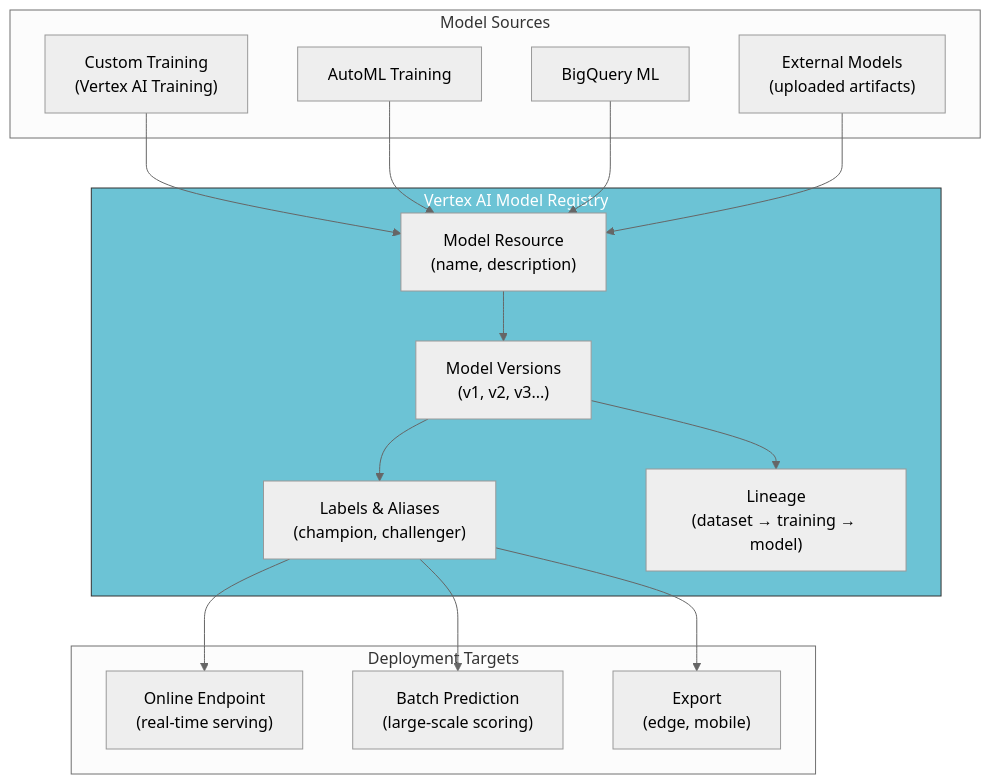
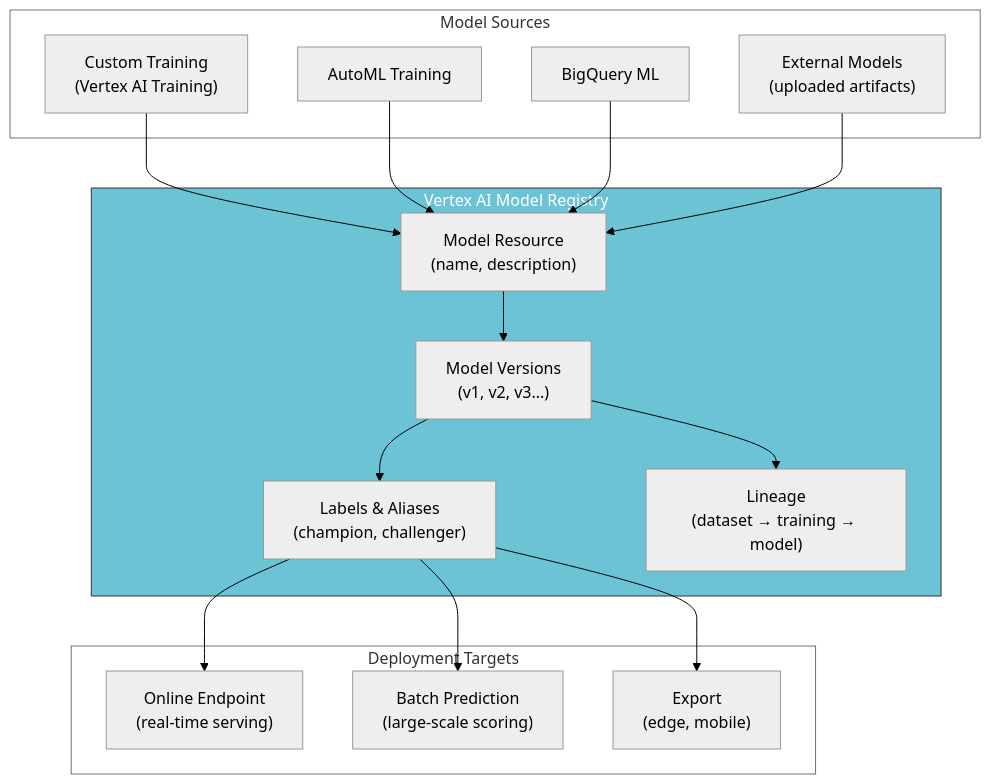
One commit to tanquangduong/tanquangduong.github.io changed the fifth of 10 diagrams in posts/aiops-interview/MLOps-Interview-QA-3.qmd. Above: the diagram before and after it, drawn with Mermaid (neutral theme). The commit also changed other lines of this file and 204 other files, not shown here.

````diff
--- a/posts/aiops-interview/MLOps-Interview-QA-3.qmd
+++ b/posts/aiops-interview/MLOps-Interview-QA-3.qmd
@@ -464,36 +470,39 @@
 ```{mermaid}
 graph TD
+    linkStyle default stroke:#000,color:#000
     subgraph Sources["Model Sources"]
         CUSTOM["Custom Training<br/>(Vertex AI Training)"]
         AUTOML["AutoML Training"]
         BQML["BigQuery ML"]
         EXTERNAL["External Models<br/>(uploaded artifacts)"]
     end
 
     subgraph Registry["Vertex AI Model Registry"]
         MODEL["Model Resource<br/>(name, description)"]
         VERSION["Model Versions<br/>(v1, v2, v3...)"]
         LABELS["Labels & Aliases<br/>(champion, challenger)"]
         LINEAGE["Lineage<br/>(dataset → training → model)"]
     end
 
     subgraph Deployment["Deployment Targets"]
         ONLINE["Online Endpoint<br/>(real-time serving)"]
         BATCH["Batch Prediction<br/>(large-scale scoring)"]
         EXPORT["Export<br/>(edge, mobile)"]
     end
 
     CUSTOM --> MODEL
     AUTOML --> MODEL
     BQML --> MODEL
     EXTERNAL --> MODEL
 
     MODEL --> VERSION --> LABELS
     VERSION --> LINEAGE
 
     LABELS --> ONLINE
     LABELS --> BATCH
     LABELS --> EXPORT
 
     style Registry fill:#6cc3d5,stroke:#333,color:#fff
+    style Sources fill:#fff
+    style Deployment fill:#fff
 ```
````
